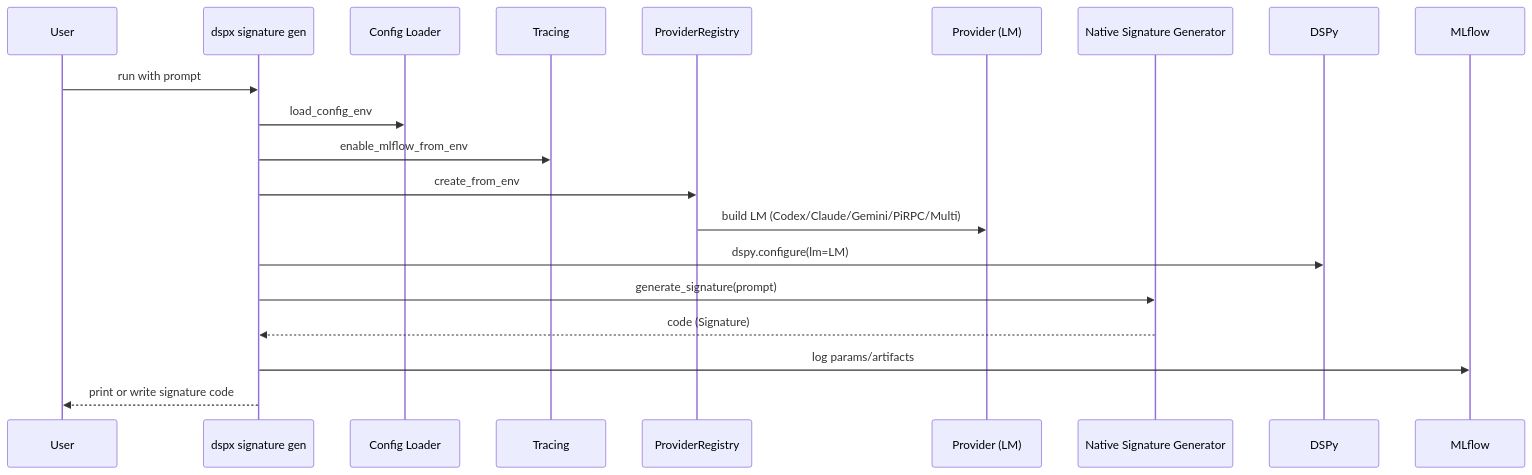
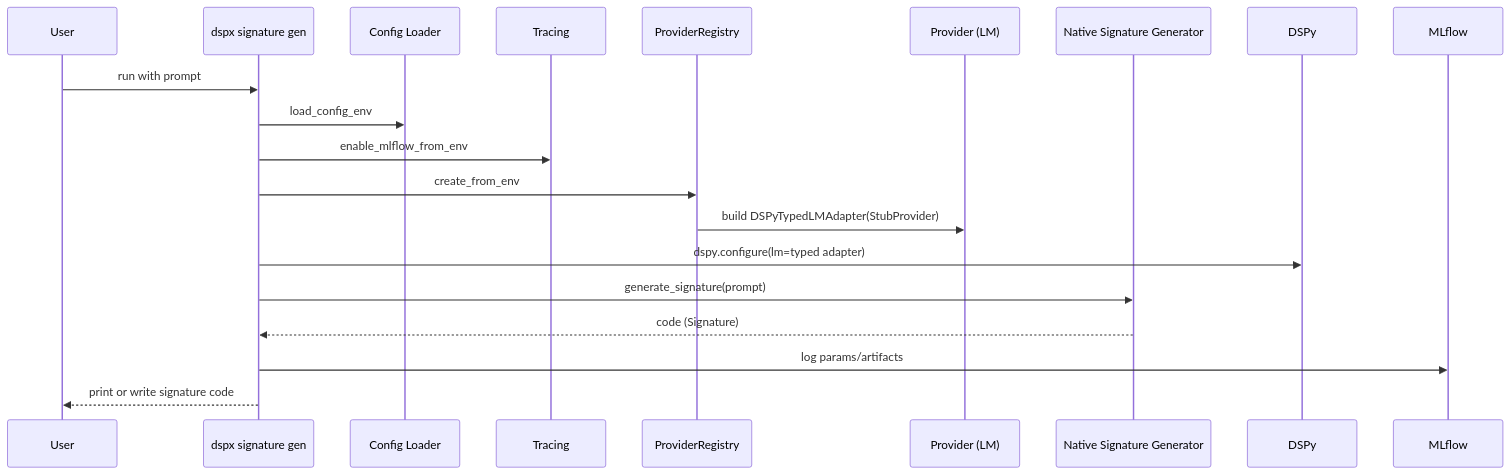
Before and after one commit to tryingET/dspx: the third of 6 diagrams in docs/ARCHITECTURE.md, drawn with Mermaid. The commit also changed other lines of this file and 166 other files, not shown here.

Commit message:
feat(provider): cut over to DSPy 3.3 typed runtime

````diff
--- a/docs/ARCHITECTURE.md
+++ b/docs/ARCHITECTURE.md
@@ -139,23 +73,23 @@
 ```mermaid
 sequenceDiagram
   participant U as User
   participant CLI as dspx signature gen
   participant Conf as Config Loader
   participant Tr as Tracing
   participant Reg as ProviderRegistry
   participant LM as Provider (LM)
   participant Sig as Native Signature Generator
   participant DSPy as DSPy
   participant ML as MLflow
 
   U->>CLI: run with prompt
   CLI->>Conf: load_config_env
   CLI->>Tr: enable_mlflow_from_env
   CLI->>Reg: create_from_env
-  Reg->>LM: build LM (Codex/Claude/Gemini/PiRPC/Multi)
-  CLI->>DSPy: dspy.configure(lm=LM)
+  Reg->>LM: build DSPyTypedLMAdapter(StubProvider)
+  CLI->>DSPy: dspy.configure(lm=typed adapter)
   CLI->>Sig: generate_signature(prompt)
   Sig-->>CLI: code (Signature)
   CLI->>ML: log params/artifacts
   CLI-->>U: print or write signature code
 ```
````
